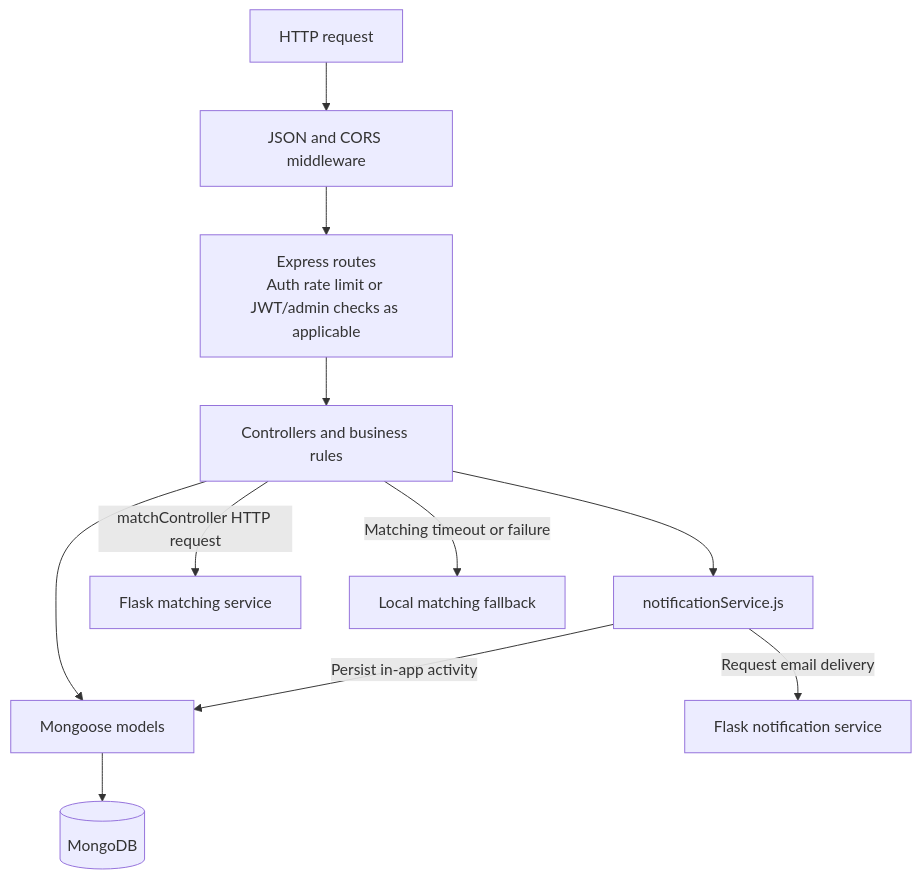
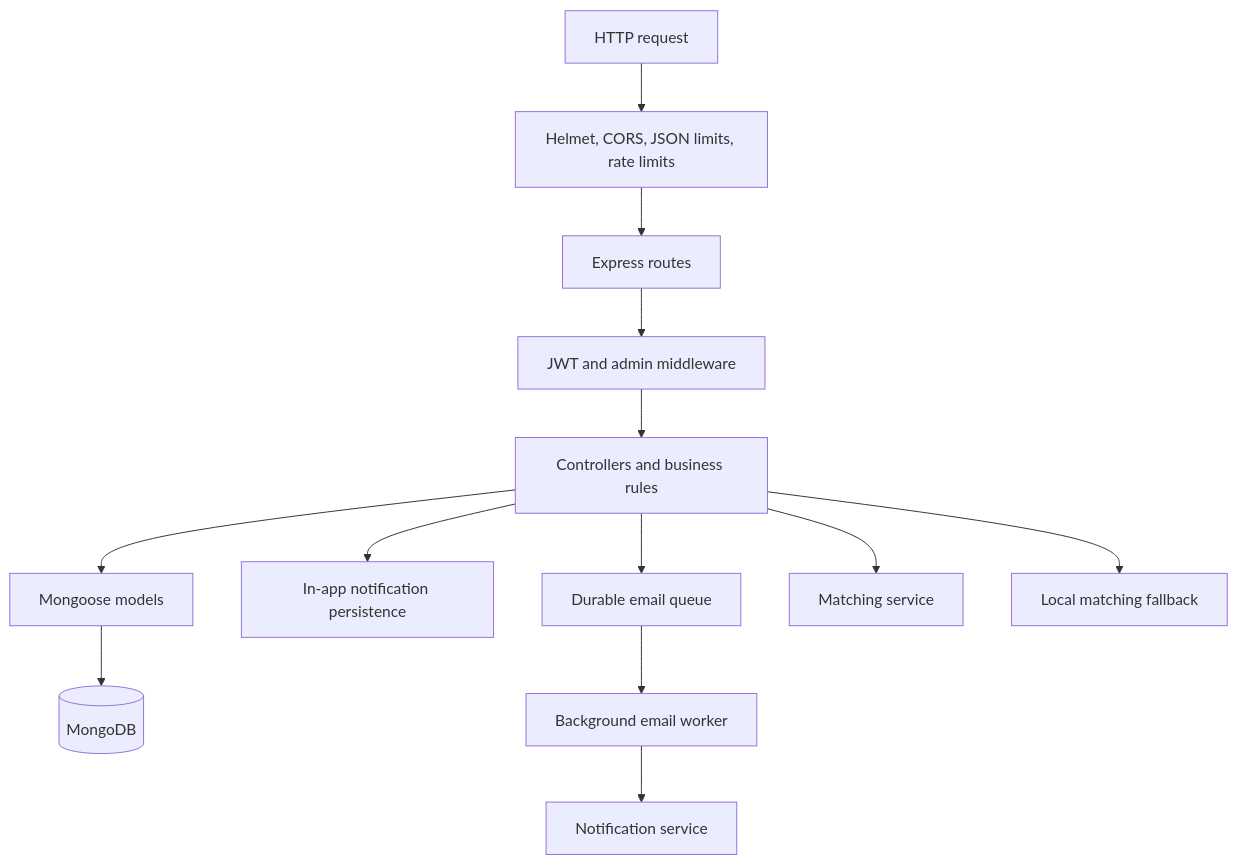
The third of 5 diagrams in README.md (eeemrann/skillswap), drawn with Mermaid before and after one commit. The commit also changed other lines of this file and 1 other file, not shown here.

````diff
--- a/README.md
+++ b/README.md
@@ -115,24 +73,17 @@
 ```mermaid
 flowchart TD
-    Request["HTTP request"]
-    Middleware["JSON and CORS middleware"]
-    Routes["Express routes<br/>Auth rate limit or JWT/admin checks as applicable"]
-    Controllers["Controllers and business rules"]
-    Models["Mongoose models"]
-    DB[("MongoDB")]
-    Notifications["notificationService.js"]
-    Match["Flask matching service"]
-    Fallback["Local matching fallback"]
-    Email["Flask notification service"]
+    Request[HTTP request] --> Security[Helmet, CORS, JSON limits, rate limits]
+    Security --> Routes[Express routes]
+    Routes --> Auth[JWT and admin middleware]
+    Auth --> Controllers[Controllers and business rules]
+    Controllers --> Models[Mongoose models]
+    Models --> Database[(MongoDB)]
 
-    Request --> Middleware
-    Middleware --> Routes
-    Routes --> Controllers
-    Controllers --> Models
-    Models --> DB
-    Controllers --> Notifications
-    Notifications -->|"Persist in-app activity"| Models
-    Notifications -->|"Request email delivery"| Email
-    Controllers -->|"matchController HTTP request"| Match
-    Controllers -->|"Matching timeout or failure"| Fallback
+    Controllers --> InApp[In-app notification persistence]
+    Controllers --> Queue[Durable email queue]
+    Queue --> EmailWorker[Background email worker]
+    EmailWorker --> EmailService[Notification service]
+
+    Controllers --> Matcher[Matching service]
+    Controllers --> Fallback[Local matching fallback]
 ```
````
